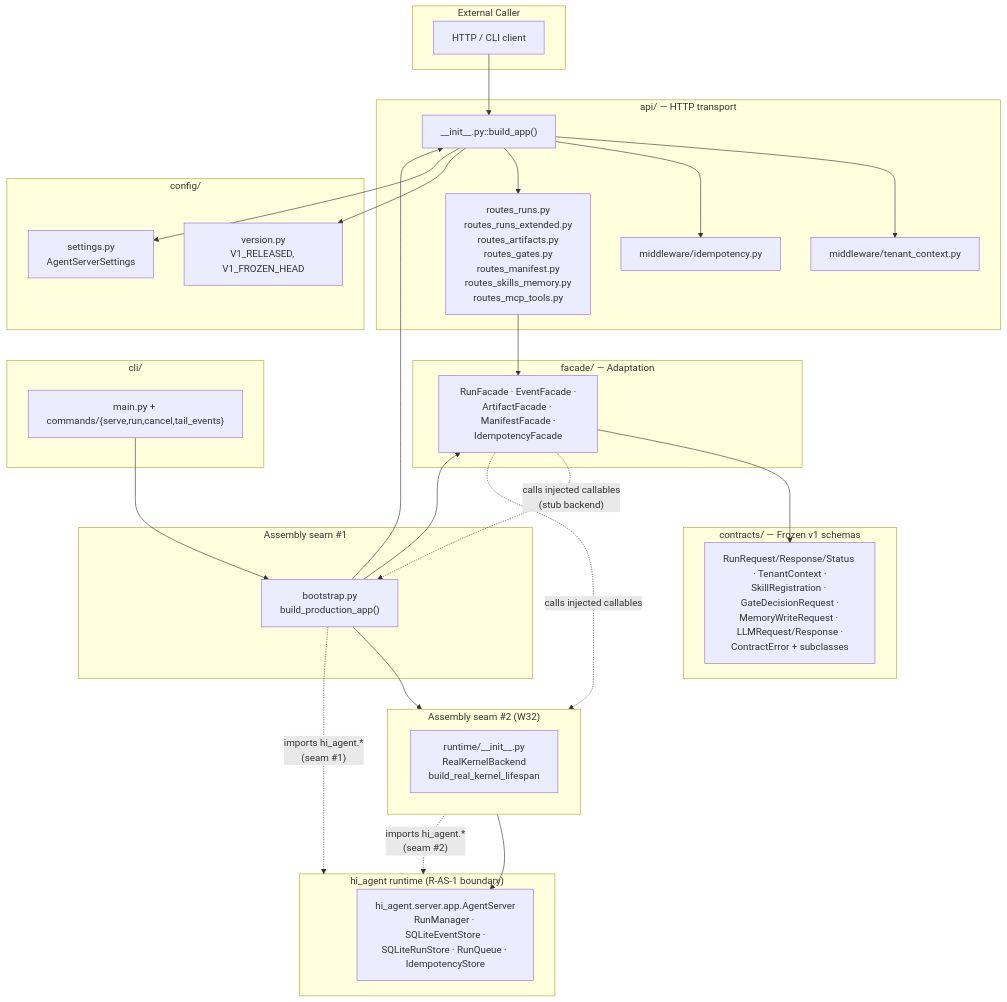
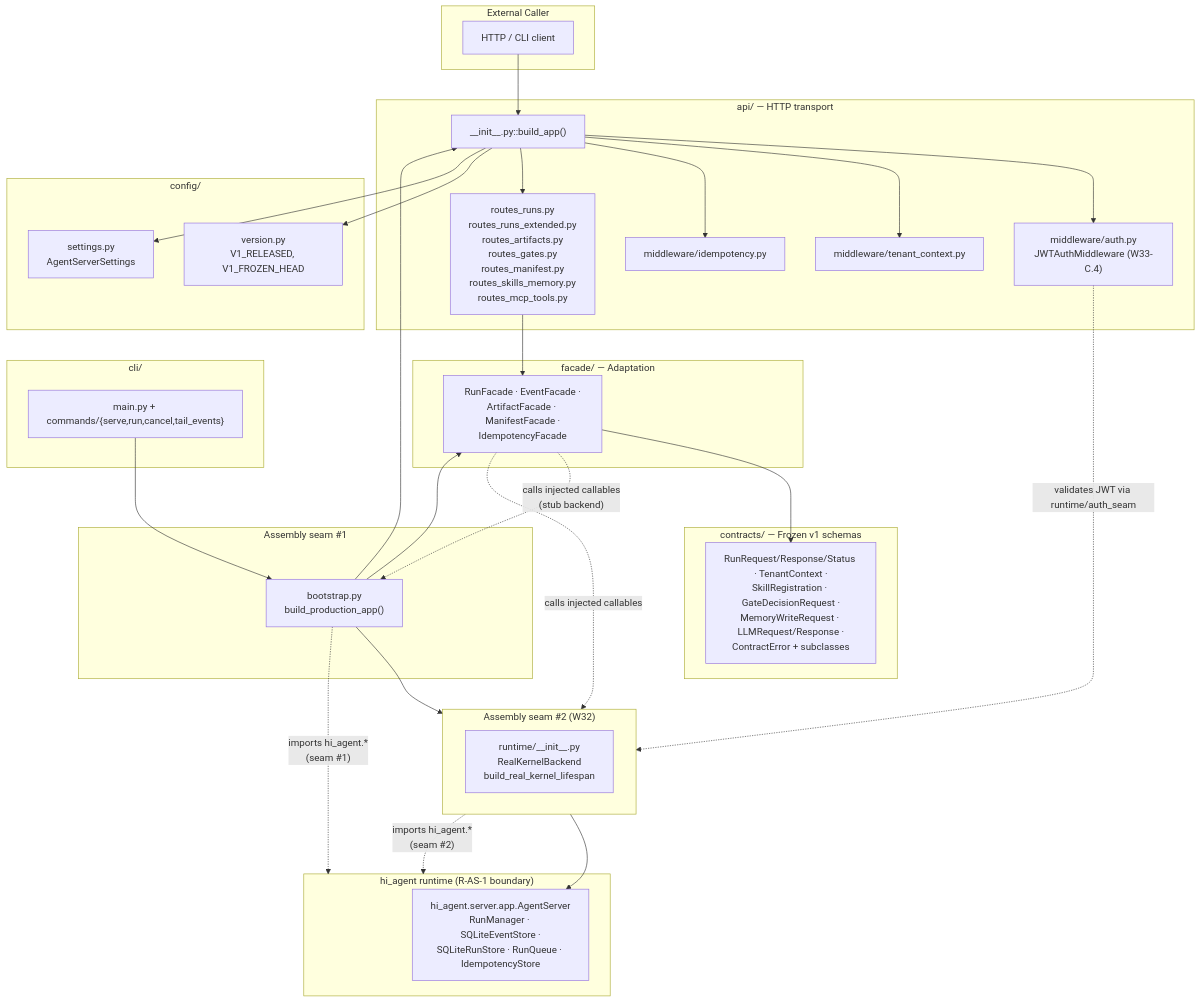
The first of 3 diagrams in agent_server/ARCHITECTURE.md (chaosxingxc-orion/hi-agent), drawn with Mermaid before and after one commit. The commit also changed other lines of this file and 6 other files, not shown here.

````diff
--- a/agent_server/ARCHITECTURE.md
+++ b/agent_server/ARCHITECTURE.md
@@ -79,62 +79,65 @@
 ```mermaid
 graph TD
     subgraph EXT["External Caller"]
         C["HTTP / CLI client"]
     end
 
     subgraph BS["Assembly seam #1"]
         BOOT["bootstrap.py<br/>build_production_app()"]
     end
 
     subgraph RT["Assembly seam #2 (W32)"]
         RUN["runtime/__init__.py<br/>RealKernelBackend<br/>build_real_kernel_lifespan"]
     end
 
     subgraph API["api/ — HTTP transport"]
         APIB["__init__.py::build_app()"]
+        MID_J["middleware/auth.py<br/>JWTAuthMiddleware (W33-C.4)"]
         MID_T["middleware/tenant_context.py"]
         MID_I["middleware/idempotency.py"]
         ROUTES["routes_runs.py<br/>routes_runs_extended.py<br/>routes_artifacts.py<br/>routes_gates.py<br/>routes_manifest.py<br/>routes_skills_memory.py<br/>routes_mcp_tools.py"]
     end
 
     subgraph FAC["facade/ — Adaptation"]
         F["RunFacade · EventFacade ·<br/>ArtifactFacade · ManifestFacade ·<br/>IdempotencyFacade"]
     end
 
     subgraph CON["contracts/ — Frozen v1 schemas"]
         CT["RunRequest/Response/Status · TenantContext ·<br/>SkillRegistration · GateDecisionRequest ·<br/>MemoryWriteRequest · LLMRequest/Response ·<br/>ContractError + subclasses"]
     end
 
     subgraph CFG["config/"]
         CV["version.py<br/>V1_RELEASED, V1_FROZEN_HEAD"]
         CS["settings.py<br/>AgentServerSettings"]
     end
 
     subgraph CLI_PKG["cli/"]
         CLIP["main.py + commands/{serve,run,cancel,tail_events}"]
     end
 
     subgraph HIA["hi_agent runtime (R-AS-1 boundary)"]
         AS["hi_agent.server.app.AgentServer<br/>RunManager · SQLiteEventStore ·<br/>SQLiteRunStore · RunQueue · IdempotencyStore"]
     end
 
     C --> APIB
     BOOT --> APIB
     BOOT --> F
     BOOT --> RT
     RT --> AS
     BOOT -. "imports hi_agent.*<br/>(seam #1)" .-> HIA
     RT -. "imports hi_agent.*<br/>(seam #2)" .-> HIA
 
+    APIB --> MID_J
     APIB --> MID_T
     APIB --> MID_I
     APIB --> ROUTES
+    MID_J -. "validates JWT via runtime/auth_seam" .-> RT
     ROUTES --> F
     F --> CT
     F -. "calls injected callables" .-> RT
     F -. "calls injected callables<br/>(stub backend)" .-> BOOT
 
     CLIP --> BOOT
     APIB --> CV
     APIB --> CS
 ```
````
